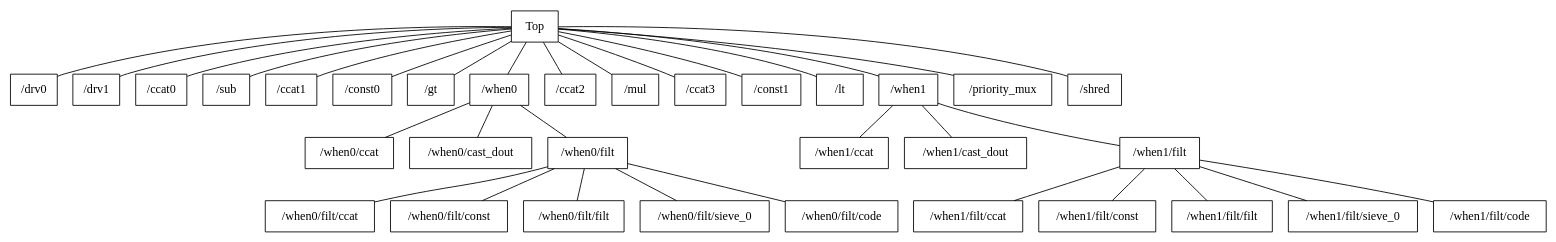
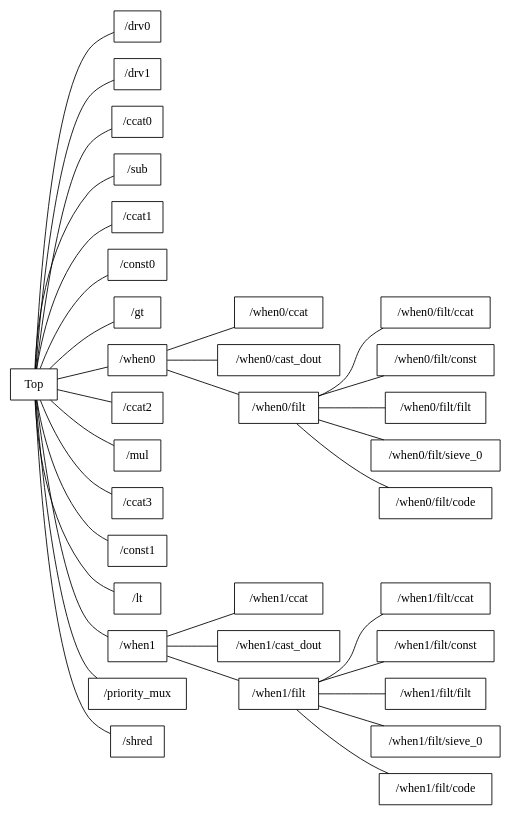
The diagram in outputs/dag_graphviz_hierarchy_tree.gv (vladimirtomic/anari-ai), drawn with Graphviz before and after one commit. The commit also changed 8 other files, not shown here.

```diff
--- a/outputs/dag_graphviz_hierarchy_tree.gv
+++ b/outputs/dag_graphviz_hierarchy_tree.gv
@@ -1,69 +1,69 @@
 // Anari AI - Hierarchy Tree
 graph dag_graphviz_hierarchy_tree {
-	rankdir=TD
+	rankdir=LR
 	Top [label=Top shape=record]
 	"/drv0" [label="/drv0" shape=record]
 	Top -- "/drv0"
 	"/drv1" [label="/drv1" shape=record]
 	Top -- "/drv1"
 	"/ccat0" [label="/ccat0" shape=record]
 	Top -- "/ccat0"
 	"/sub" [label="/sub" shape=record]
 	Top -- "/sub"
 	"/ccat1" [label="/ccat1" shape=record]
 	Top -- "/ccat1"
 	"/const0" [label="/const0" shape=record]
 	Top -- "/const0"
 	"/gt" [label="/gt" shape=record]
 	Top -- "/gt"
 	"/when0" [label="/when0" shape=record]
 	Top -- "/when0"
 	"/when0/ccat" [label="/when0/ccat" shape=record]
 	"/when0" -- "/when0/ccat"
 	"/when0/cast_dout" [label="/when0/cast_dout" shape=record]
 	"/when0" -- "/when0/cast_dout"
 	"/when0/filt" [label="/when0/filt" shape=record]
 	"/when0" -- "/when0/filt"
 	"/when0/filt/ccat" [label="/when0/filt/ccat" shape=record]
 	"/when0/filt" -- "/when0/filt/ccat"
 	"/when0/filt/const" [label="/when0/filt/const" shape=record]
 	"/when0/filt" -- "/when0/filt/const"
 	"/when0/filt/filt" [label="/when0/filt/filt" shape=record]
 	"/when0/filt" -- "/when0/filt/filt"
 	"/when0/filt/sieve_0" [label="/when0/filt/sieve_0" shape=record]
 	"/when0/filt" -- "/when0/filt/sieve_0"
 	"/when0/filt/code" [label="/when0/filt/code" shape=record]
 	"/when0/filt" -- "/when0/filt/code"
 	"/ccat2" [label="/ccat2" shape=record]
 	Top -- "/ccat2"
 	"/mul" [label="/mul" shape=record]
 	Top -- "/mul"
 	"/ccat3" [label="/ccat3" shape=record]
 	Top -- "/ccat3"
 	"/const1" [label="/const1" shape=record]
 	Top -- "/const1"
 	"/lt" [label="/lt" shape=record]
 	Top -- "/lt"
 	"/when1" [label="/when1" shape=record]
 	Top -- "/when1"
 	"/when1/ccat" [label="/when1/ccat" shape=record]
 	"/when1" -- "/when1/ccat"
 	"/when1/cast_dout" [label="/when1/cast_dout" shape=record]
 	"/when1" -- "/when1/cast_dout"
 	"/when1/filt" [label="/when1/filt" shape=record]
 	"/when1" -- "/when1/filt"
 	"/when1/filt/ccat" [label="/when1/filt/ccat" shape=record]
 	"/when1/filt" -- "/when1/filt/ccat"
 	"/when1/filt/const" [label="/when1/filt/const" shape=record]
 	"/when1/filt" -- "/when1/filt/const"
 	"/when1/filt/filt" [label="/when1/filt/filt" shape=record]
 	"/when1/filt" -- "/when1/filt/filt"
 	"/when1/filt/sieve_0" [label="/when1/filt/sieve_0" shape=record]
 	"/when1/filt" -- "/when1/filt/sieve_0"
 	"/when1/filt/code" [label="/when1/filt/code" shape=record]
 	"/when1/filt" -- "/when1/filt/code"
 	"/priority_mux" [label="/priority_mux" shape=record]
 	Top -- "/priority_mux"
 	"/shred" [label="/shred" shape=record]
 	Top -- "/shred"
 }
```
